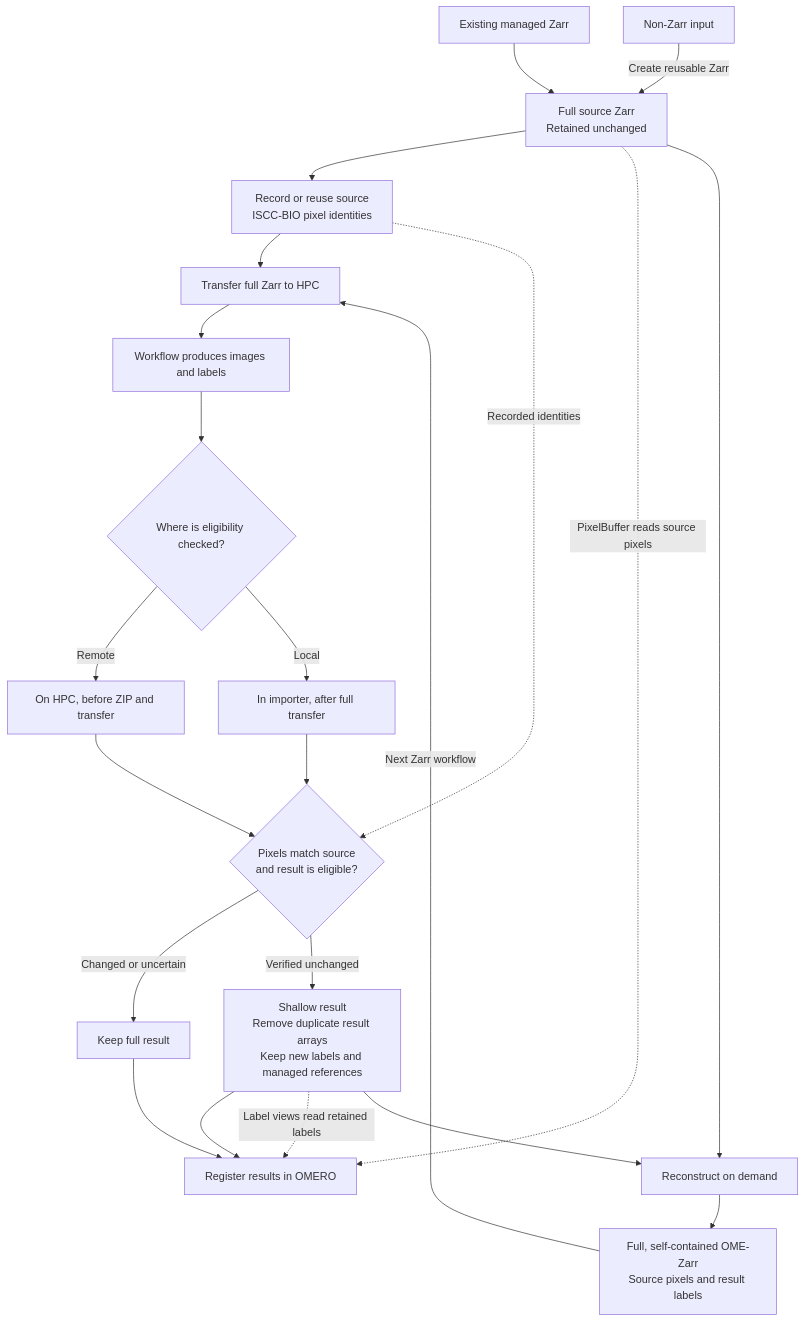
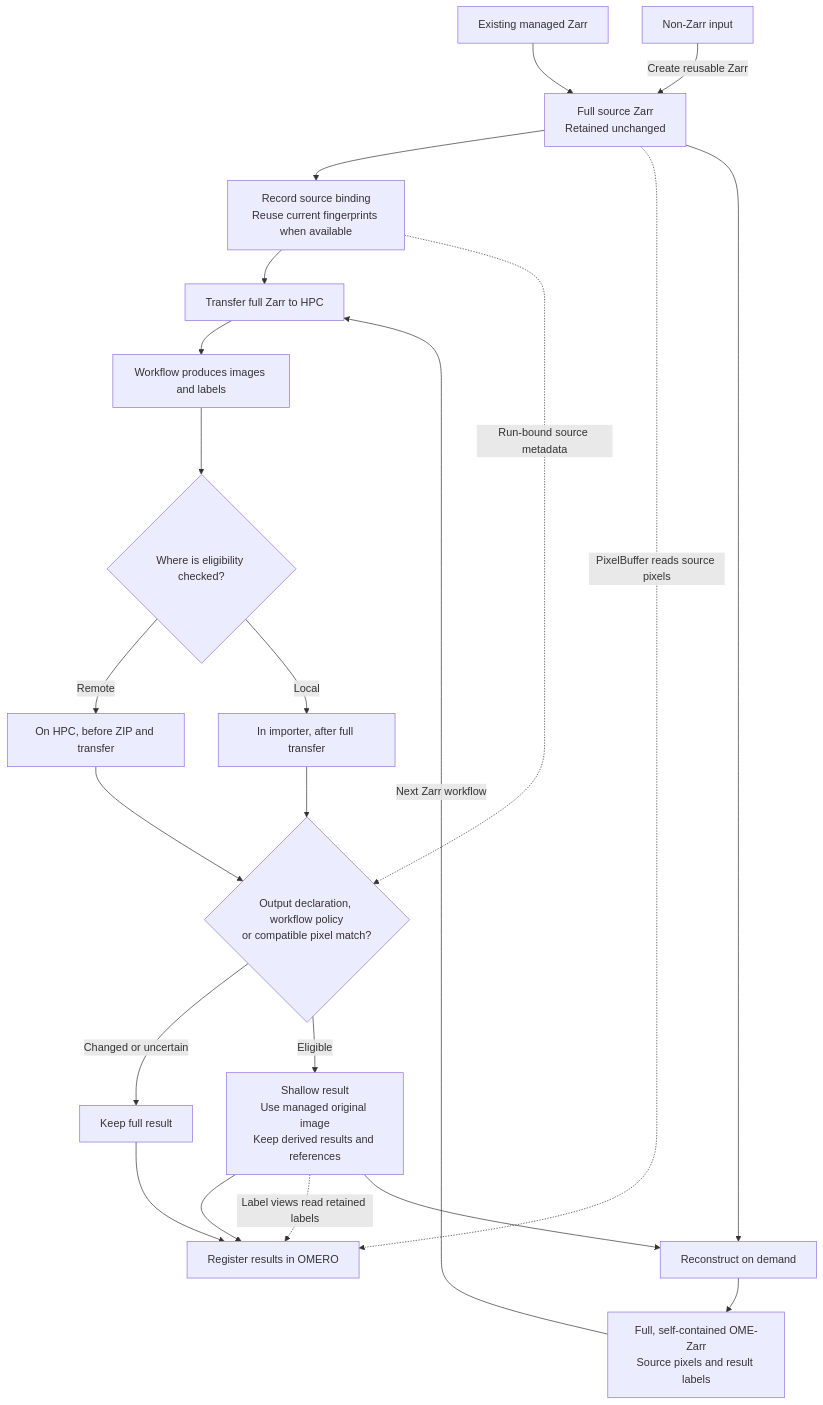
The diagram in docs/sysadmin/remote-shallower.rst (NL-BioImaging/NL-BIOMERO), drawn with Mermaid before and after one commit. The commit also changed other lines of this file and 3 other files, not shown here.

Commit message:
Document shallow output policies and resolution-specific comparison

```diff
--- a/docs/sysadmin/remote-shallower.rst
+++ b/docs/sysadmin/remote-shallower.rst
@@ -90,24 +93,24 @@
 .. mermaid::
 
    flowchart TD
        A["Existing managed Zarr"] --> C["Full source Zarr<br/>Retained unchanged"]
        B["Non-Zarr input"] -->|"Create reusable Zarr"| C
-       C --> I["Record or reuse source<br/>ISCC-BIO pixel identities"]
+       C --> I["Record source binding<br/>Reuse current fingerprints when available"]
        I --> T["Transfer full Zarr to HPC"]
        T --> H["Workflow produces images and labels"]
        H --> Q{"Where is eligibility checked?"}
        Q -->|"Remote"| R["On HPC, before ZIP and transfer"]
        Q -->|"Local"| L["In importer, after full transfer"]
-       R --> V{"Pixels match source<br/>and result is eligible?"}
+       R --> V{"Output declaration, workflow policy<br/>or compatible pixel match?"}
        L --> V
-       I -. "Recorded identities" .-> V
+       I -. "Run-bound source metadata" .-> V
        V -->|"Changed or uncertain"| F["Keep full result"]
-       V -->|"Verified unchanged"| S["Shallow result<br/>Remove duplicate result arrays<br/>Keep new labels and managed references"]
+       V -->|"Eligible"| S["Shallow result<br/>Use managed original image<br/>Keep derived results and references"]
        F --> O["Register results in OMERO"]
        S --> O
        C -. "PixelBuffer reads source pixels" .-> O
        S -. "Label views read retained labels" .-> O
        S --> M["Reconstruct on demand"]
        C --> M
        M --> Z["Full, self-contained OME-Zarr<br/>Source pixels and result labels"]
        Z -->|"Next Zarr workflow"| T
```
